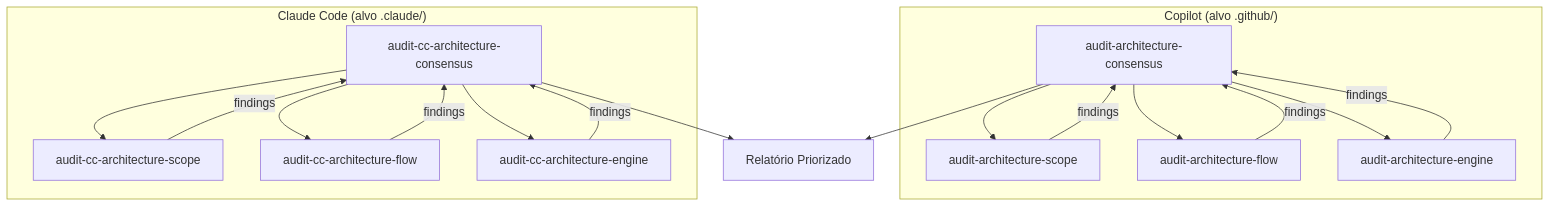
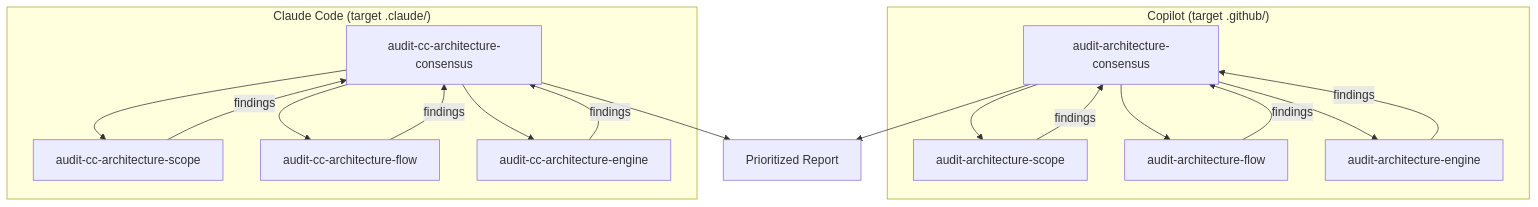
Before and after one commit to rodrigo-mendes/agents-factory: the diagram in docs/capacidades/prompts-arquitetura.md, drawn with Mermaid. The commit also changed other lines of this file and 70 other files, not shown here.

````diff
--- a/docs/capacidades/prompts-arquitetura.md
+++ b/docs/capacidades/prompts-arquitetura.md
@@ -11,21 +11,21 @@
 ```mermaid
 graph TD
-    subgraph "Copilot (alvo .github/)"
+    subgraph "Copilot (target .github/)"
         OC[audit-architecture-consensus] --> AC[audit-architecture-scope]
         OC --> BC[audit-architecture-flow]
         OC --> CC[audit-architecture-engine]
         AC -->|findings| OC
         BC -->|findings| OC
         CC -->|findings| OC
     end
-    subgraph "Claude Code (alvo .claude/)"
+    subgraph "Claude Code (target .claude/)"
         OCC[audit-cc-architecture-consensus] --> ACC[audit-cc-architecture-scope]
         OCC --> BCC[audit-cc-architecture-flow]
         OCC --> CCC[audit-cc-architecture-engine]
         ACC -->|findings| OCC
         BCC -->|findings| OCC
         CCC -->|findings| OCC
     end
-    OC --> R[Relatório Priorizado]
+    OC --> R[Prioritized Report]
     OCC --> R
 ```
````
